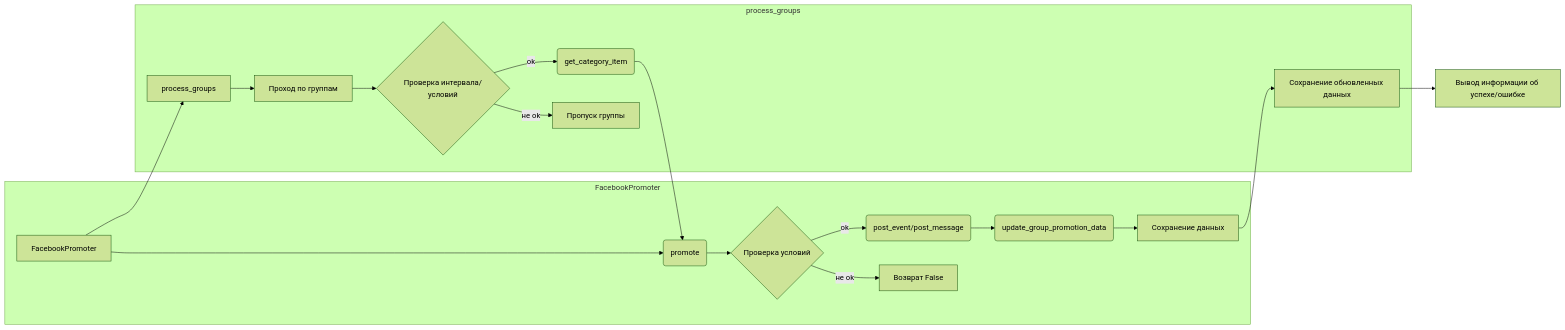
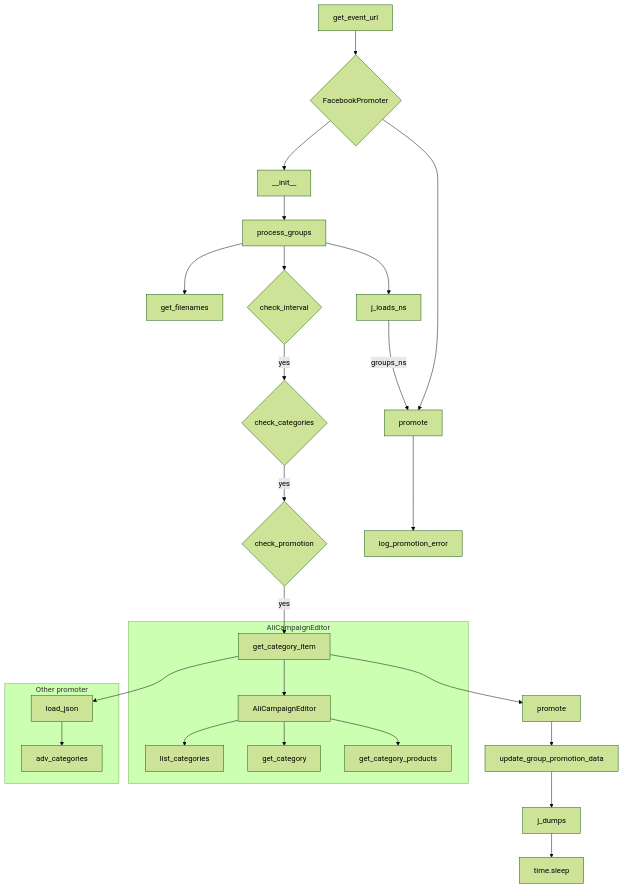
The diagram in docs/gemini/ru/explainer/src/endpoints/advertisement/facebook/promoter.md (hypo69/hypo), drawn with Mermaid (forest theme) before and after one commit. The commit also changed other lines of this file and 43 other files, not shown here.

````diff
--- a/docs/gemini/ru/explainer/src/endpoints/advertisement/facebook/promoter.md
+++ b/docs/gemini/ru/explainer/src/endpoints/advertisement/facebook/promoter.md
@@ -132,21 +126,32 @@
 ```mermaid
-graph LR
-    subgraph FacebookPromoter
-        A[FacebookPromoter] --> B(promote);
-        B --> C{Проверка условий};
-        C -- ok --> D(post_event/post_message);
-        C -- не ok --> E[Возврат False];
-        D --> F(update_group_promotion_data);
-        F --> G[Сохранение данных];
+graph TD
+    A[get_event_url] --> B{FacebookPromoter};
+    B --> C[__init__];
+    C --> D[process_groups];
+    D --> E[get_filenames];
+    D --> F[j_loads_ns];
+    D --> G{check_interval};
+    G -- yes --> H{check_categories};
+    H -- yes --> I{check_promotion};
+    I -- yes --> J[get_category_item];
+    J --> K[promote];
+    K --> L[update_group_promotion_data];
+    L --> M[j_dumps];
+    M --> N[time.sleep];
+    B --> O[promote];
+    O --> P[log_promotion_error];
+    F -- groups_ns --> O;
+
+
+    subgraph "AliCampaignEditor"
+        J --> Q[AliCampaignEditor];
+        Q --> R[list_categories];
+        Q --> S[get_category];
+        Q --> T[get_category_products];
     end
-    subgraph process_groups
-        H[process_groups] --> I[Проход по группам];
-        I --> J{Проверка интервала/условий};
-        J -- ok --> K(get_category_item);
-        J -- не ok --> L[Пропуск группы];
-        K --> B;
-        G --> M[Сохранение обновленных данных];
+    
+    subgraph "Other promoter"
+        J --> U[load_json];
+        U --> V[adv_categories];
     end
-    A --> H;
-    M --> N[Вывод информации об успехе/ошибке];
 ```
````
